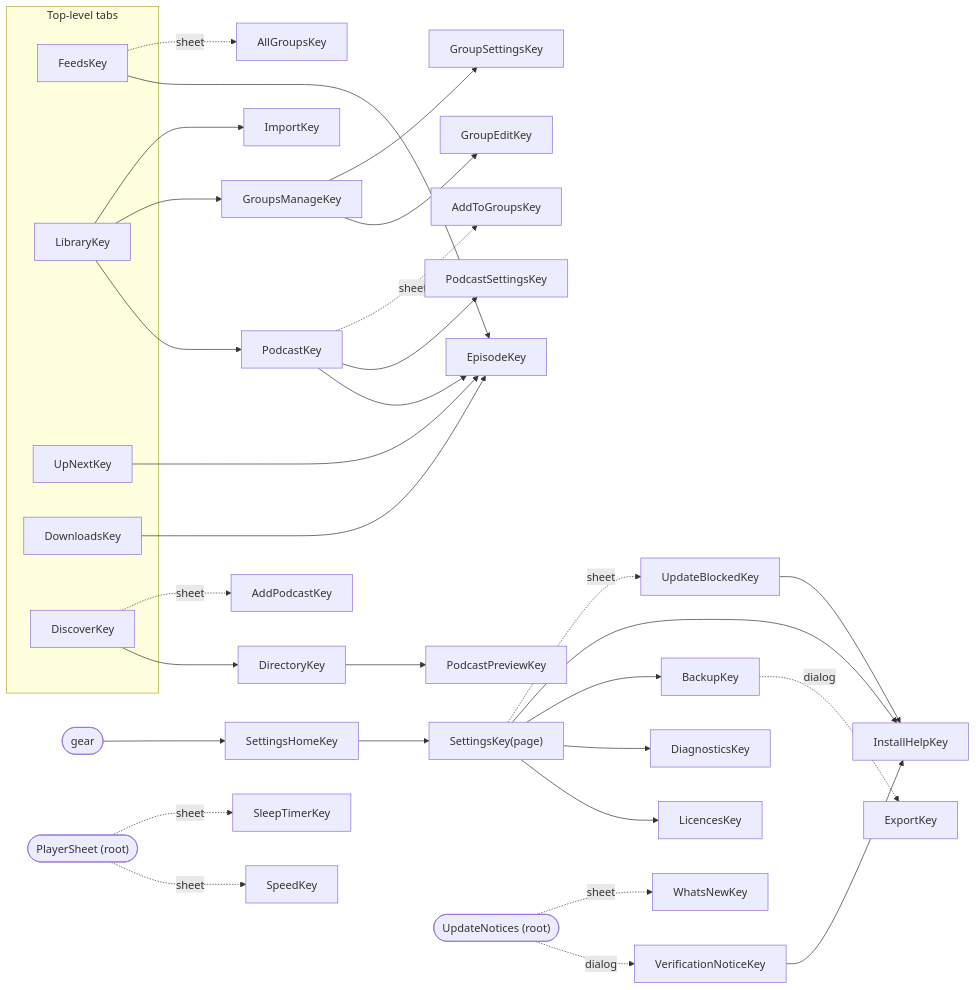
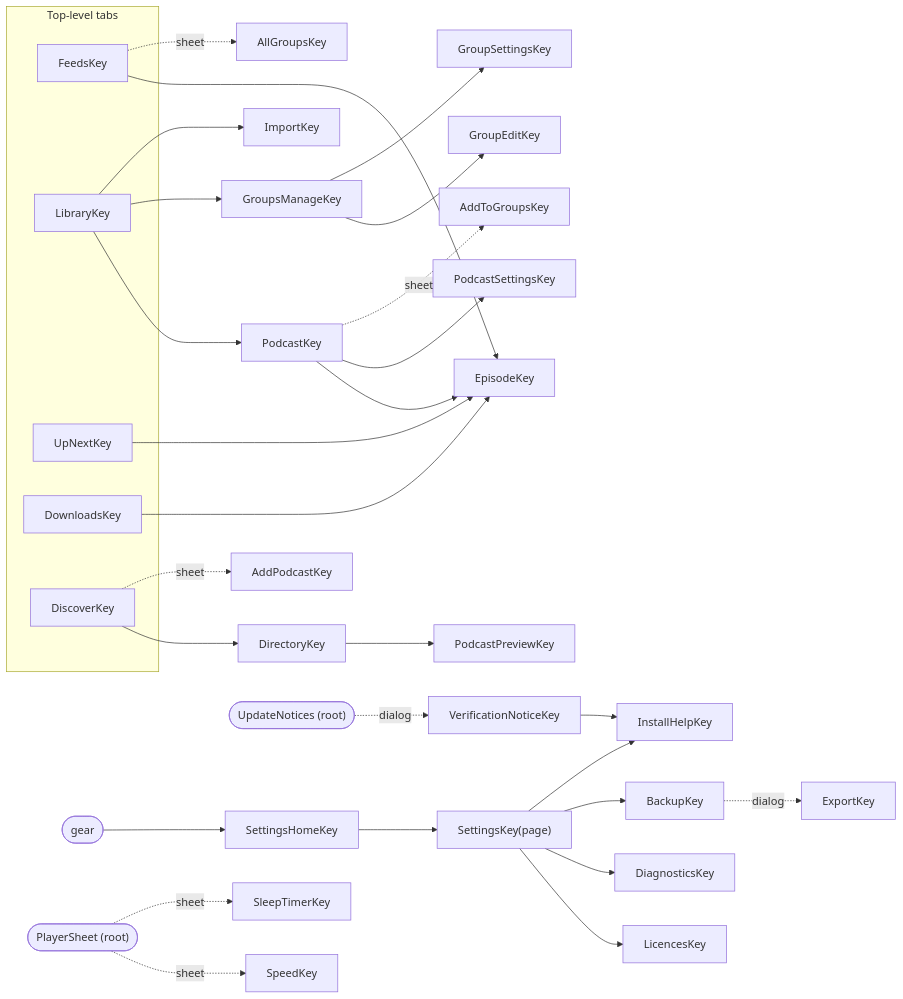
One commit to BigBoyDevBox/Neutrodyne changed the first of 6 diagrams in docs/design/08-ui-ux.md. Above: the diagram before and after it, drawn with Mermaid. The commit also changed other lines of this file and 11 other files, not shown here.

````diff
--- a/docs/design/08-ui-ux.md
+++ b/docs/design/08-ui-ux.md
@@ -128,39 +128,36 @@
 ```mermaid
 flowchart LR
   subgraph TABS["Top-level tabs"]
     F["FeedsKey"]
     L["LibraryKey"]
     U["UpNextKey"]
     D["DownloadsKey"]
     X["DiscoverKey"]
   end
   F --> E["EpisodeKey"]
   F -. sheet .-> AG["AllGroupsKey"]
   L --> P["PodcastKey"]
   P --> E
   P --> PS["PodcastSettingsKey"]
   P -. sheet .-> ATG["AddToGroupsKey"]
   L --> GM["GroupsManageKey"]
   GM --> GE["GroupEditKey"]
   GM --> GS["GroupSettingsKey"]
   L --> IK["ImportKey"]
   U --> E
   D --> E
   X --> DIR["DirectoryKey"]
   DIR --> PP["PodcastPreviewKey"]
   X -. sheet .-> AP["AddPodcastKey"]
   GEAR(["gear"]) --> SH["SettingsHomeKey"]
   SH --> SK["SettingsKey(page)"]
   SK --> LIC["LicencesKey"]
   SK --> DG["DiagnosticsKey"]
   SK --> BK["BackupKey"]
   BK -. dialog .-> EX["ExportKey"]
   SK --> IH["InstallHelpKey"]
-  SK -. sheet .-> UB["UpdateBlockedKey"]
-  UB --> IH
   PLAYER(["PlayerSheet (root)"]) -. sheet .-> SPD["SpeedKey"]
   PLAYER -. sheet .-> SLP["SleepTimerKey"]
   NOTICES(["UpdateNotices (root)"]) -. dialog .-> VN["VerificationNoticeKey"]
-  NOTICES -. sheet .-> WN["WhatsNewKey"]
   VN --> IH
 ```
````
